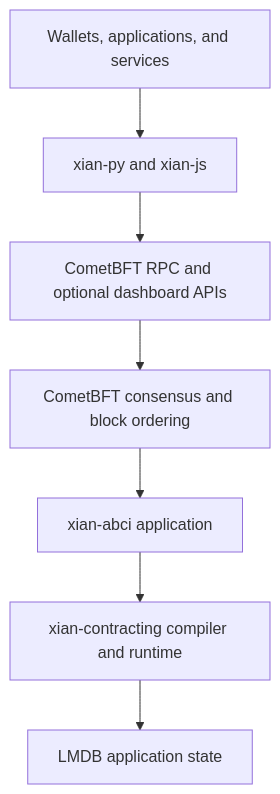
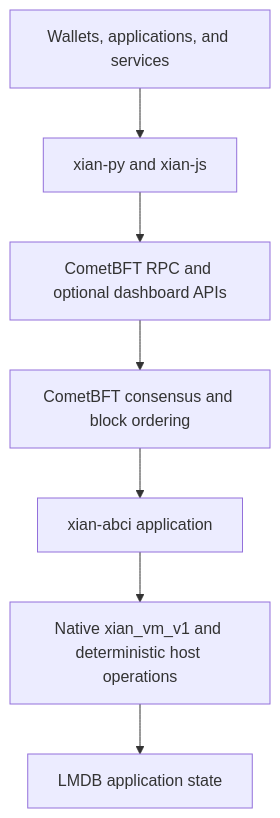
The diagram in introduction/architecture-overview.md (xian-technology/xian-docs-web), drawn with Mermaid before and after one commit. The commit also changed other lines of this file and 28 other files, not shown here.

````diff
--- a/introduction/architecture-overview.md
+++ b/introduction/architecture-overview.md
@@ -9,17 +9,17 @@
 ```mermaid
 flowchart TD
   Apps["Wallets, applications, and services"]
   SDKs["xian-py and xian-js"]
   RPC["CometBFT RPC and optional dashboard APIs"]
   Comet["CometBFT consensus and block ordering"]
   ABCI["xian-abci application"]
-  Runtime["xian-contracting compiler and runtime"]
+  Runtime["Native xian_vm_v1 and deterministic host operations"]
   State["LMDB application state"]
 
   Apps --> SDKs
   SDKs --> RPC
   RPC --> Comet
   Comet --> ABCI
   ABCI --> Runtime
   Runtime --> State
 ```
````
